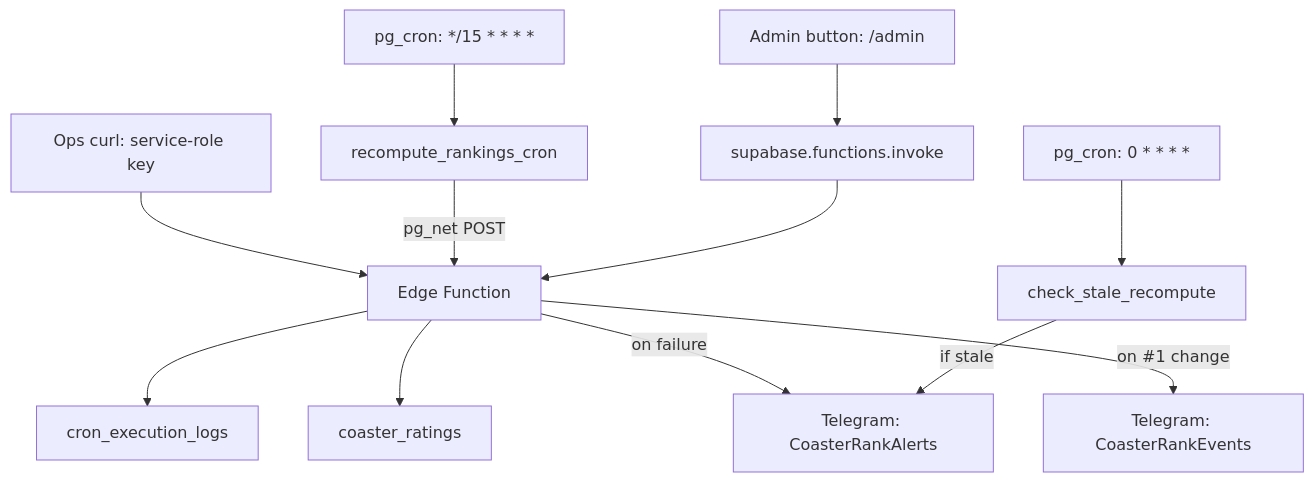
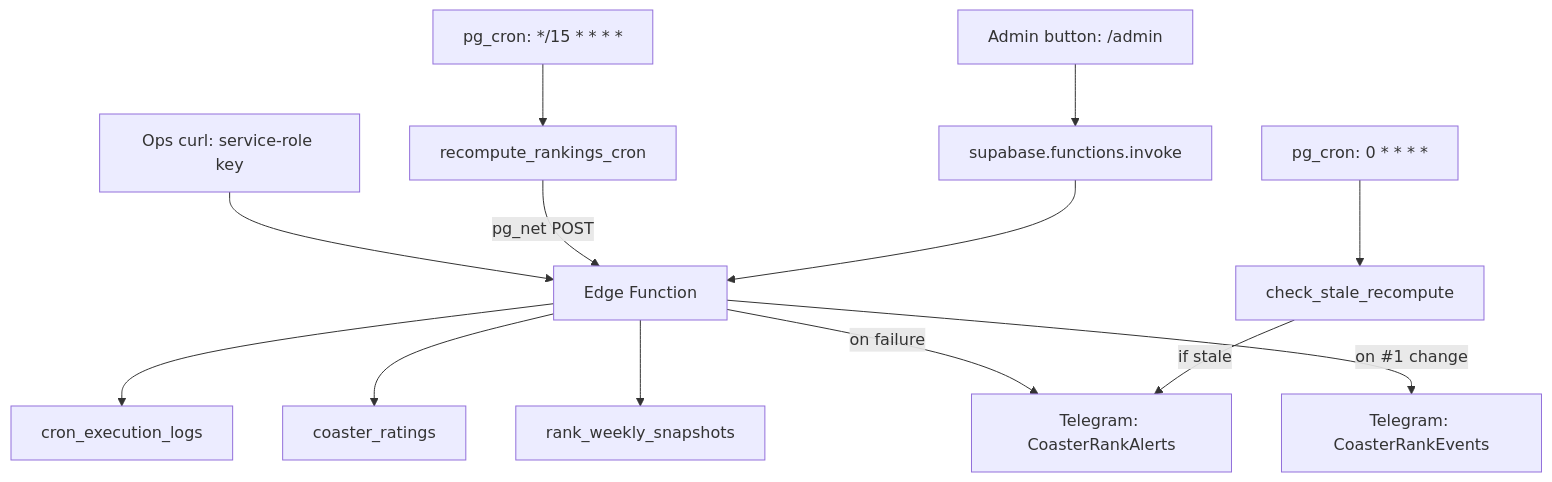
The second of 2 diagrams in docs/RANKINGS.md (pandeiro/CoasterRank), drawn with Mermaid before and after one commit. The commit also changed other lines of this file and 21 other files, not shown here.

First line of the commit message:
feat: rank movement — weekly baseline + live turnover layer

````diff
--- a/docs/RANKINGS.md
+++ b/docs/RANKINGS.md
@@ -123,14 +135,15 @@
 ```mermaid
 flowchart TD
     A[pg_cron: */15 * * * *] --> B[recompute_rankings_cron]
     C[Admin button: /admin] --> D[supabase.functions.invoke]
     E[Ops curl: service-role key] --> F[Edge Function]
     B -->|pg_net POST| F
     D --> F
     F --> G[cron_execution_logs]
     F --> H[coaster_ratings]
+    F --> H2[rank_weekly_snapshots]
     F -->|on failure| I[Telegram: CoasterRankAlerts]
     F -->|on #1 change| J[Telegram: CoasterRankEvents]
     K[pg_cron: 0 * * * *] --> L[check_stale_recompute]
     L -->|if stale| I
 ```
````
